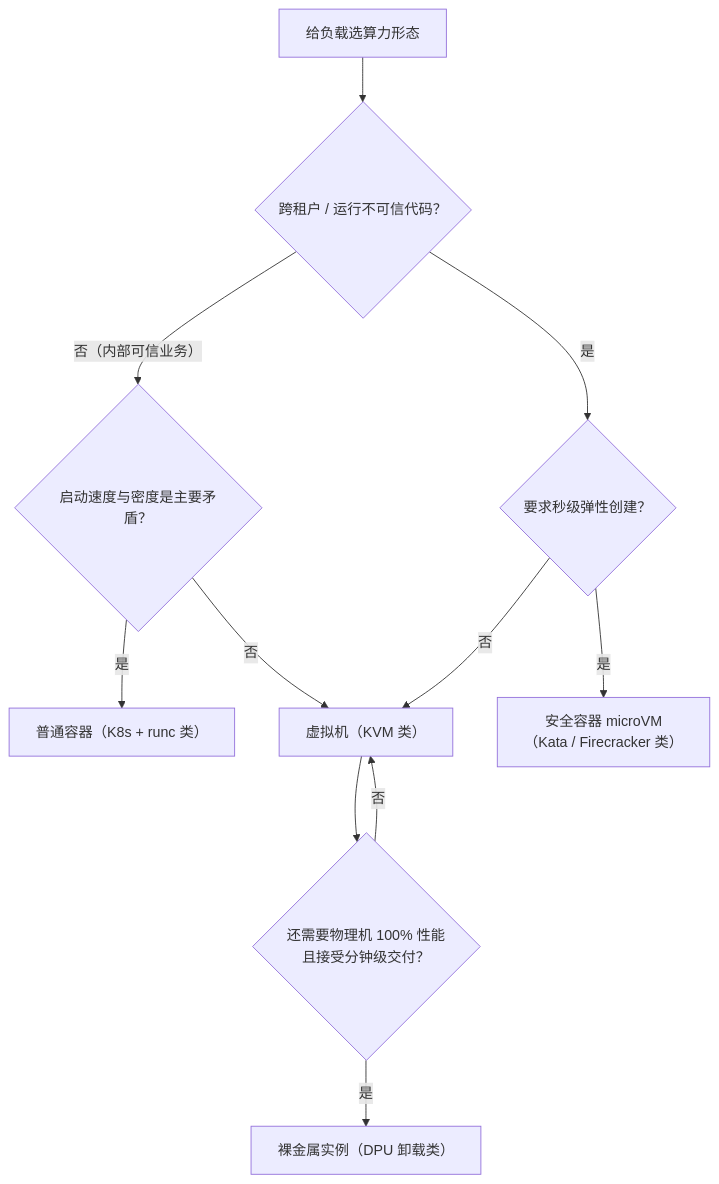
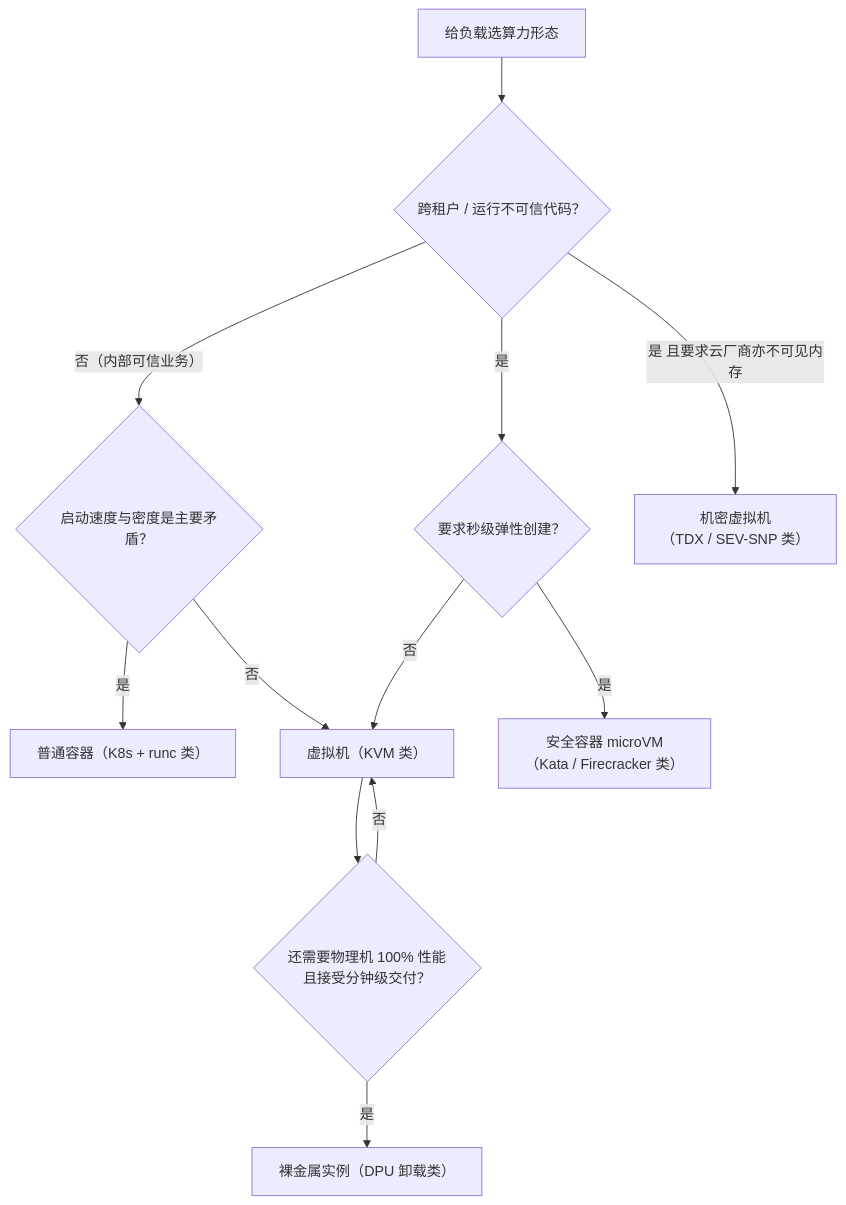
Before and after one commit to shuifans/cloud-ai-knowledge-base: the fourth of 5 diagrams in docs/cloud/foundation/virtualization.md, drawn with Mermaid. The commit also changed other lines of this file and 294 other files, not shown here.

First line of the commit message:
更新: 全站 35 篇文章对标 speech-gen 全面升级（深度/配图/引用/决策图）

````diff
--- a/docs/cloud/foundation/virtualization.md
+++ b/docs/cloud/foundation/virtualization.md
@@ -119,13 +400,14 @@
 ```mermaid
 flowchart TD
   A["给负载选算力形态"] --> B{"跨租户 / 运行不可信代码？"}
   B -- "否（内部可信业务）" --> C{"启动速度与密度是主要矛盾？"}
   C -- "是" --> D["普通容器（K8s + runc 类）"]
   C -- "否" --> E["虚拟机（KVM 类）"]
   B -- "是" --> F{"要求秒级弹性创建？"}
   F -- "是" --> G["安全容器 microVM<br/>（Kata / Firecracker 类）"]
   F -- "否" --> E
   E --> H{"还需要物理机 100% 性能<br/>且接受分钟级交付？"}
   H -- "是" --> I["裸金属实例（DPU 卸载类）"]
   H -- "否" --> E
+  B -- "是 且要求云厂商亦不可见内存" --> J["机密虚拟机<br/>（TDX / SEV-SNP 类）"]
 ```
````
